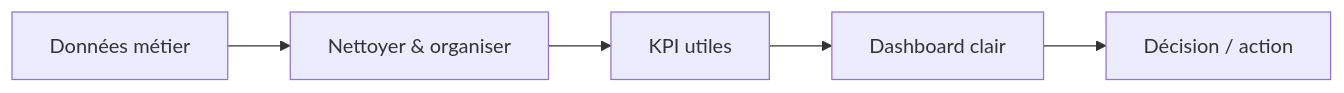
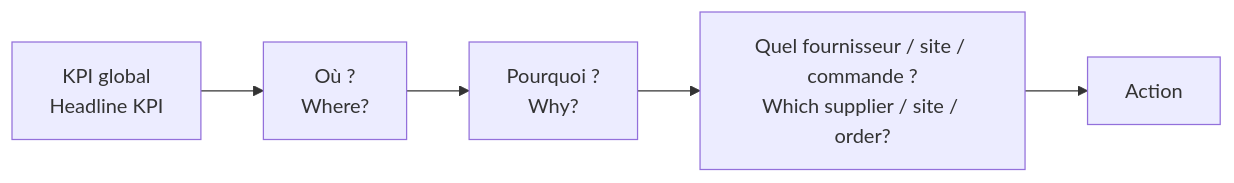
One commit to jeffersonkuku/powerbi-portfolio-projects changed the second of 2 diagrams in README.md. Above: the diagram before and after it, drawn with Mermaid. The commit also changed other lines of this file, not shown here.

````diff
--- a/README.md
+++ b/README.md
@@ -73,7 +30,7 @@
 ```mermaid
 flowchart LR
-    A[Données métier] --> B[Nettoyer & organiser]
-    B --> C[KPI utiles]
-    C --> D[Dashboard clair]
-    D --> E[Décision / action]
+    A[KPI global<br/>Headline KPI] --> B[Où ?<br/>Where?]
+    B --> C[Pourquoi ?<br/>Why?]
+    C --> D[Quel fournisseur / site / commande ?<br/>Which supplier / site / order?]
+    D --> E[Action]
 ```
````
